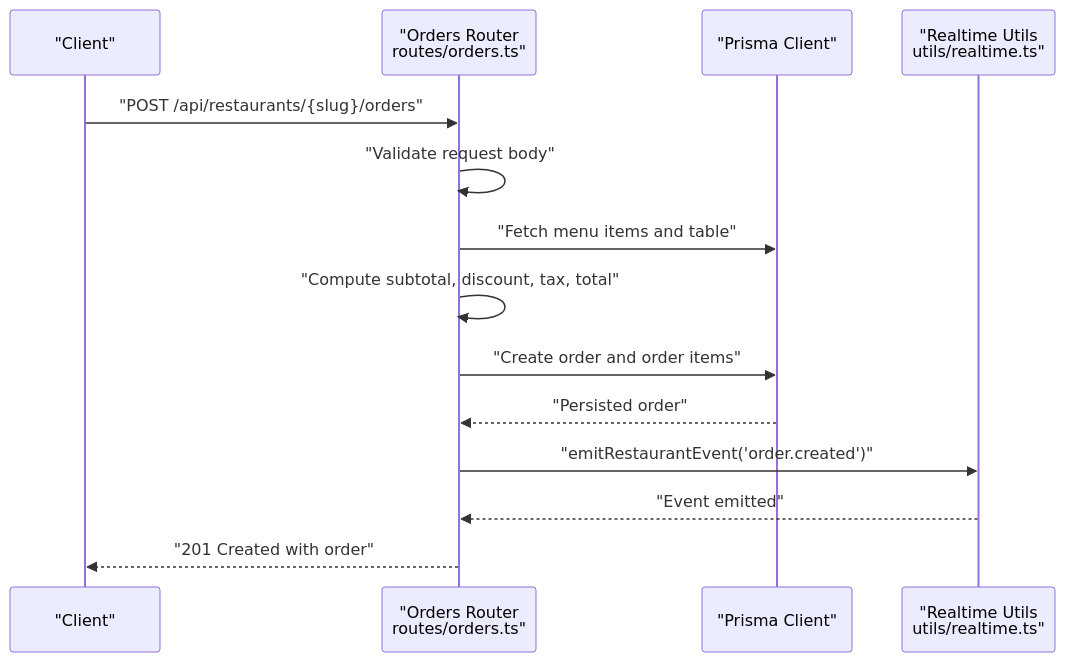
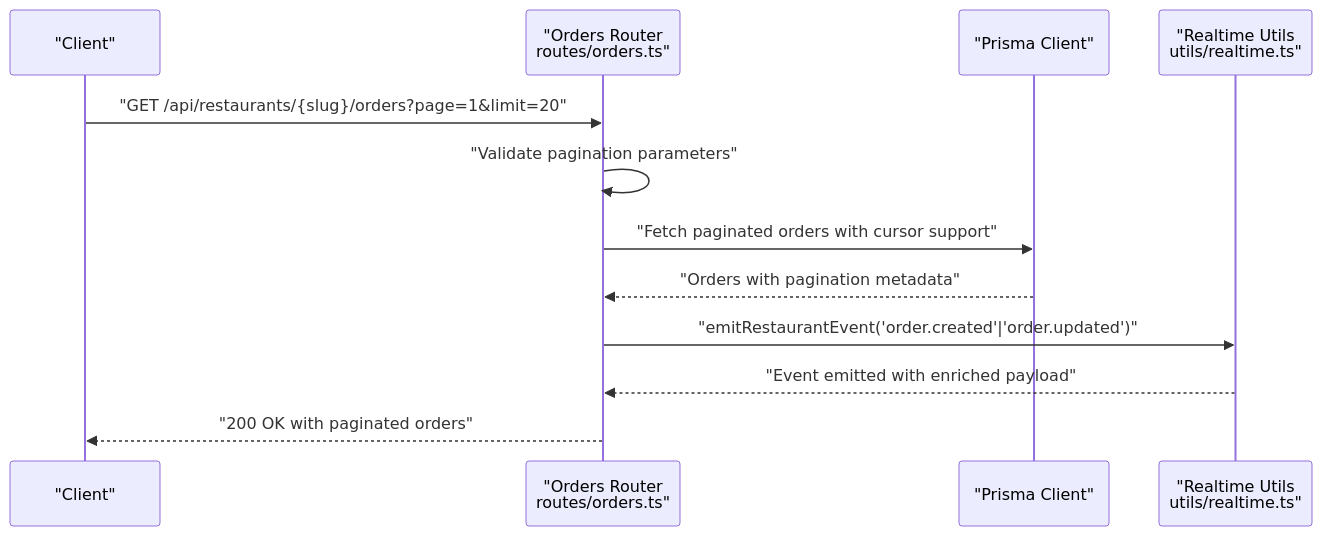
One commit to Dequeue-Tech/DeQ-Bite changed the second of 3 diagrams in .qoder/repowiki/en/content/API Documentation/Order Management Endpoints.md. Above: the diagram before and after it, drawn with Mermaid. The commit also changed other lines of this file and 25 other files, not shown here.

````diff
--- a/.qoder/repowiki/en/content/API Documentation/Order Management Endpoints.md
+++ b/.qoder/repowiki/en/content/API Documentation/Order Management Endpoints.md
@@ -85,16 +109,14 @@
 ```mermaid
 sequenceDiagram
 participant Client as "Client"
 participant API as "Orders Router<br/>routes/orders.ts"
 participant DB as "Prisma Client"
 participant RT as "Realtime Utils<br/>utils/realtime.ts"
-Client->>API : "POST /api/restaurants/{slug}/orders"
-API->>API : "Validate request body"
-API->>DB : "Fetch menu items and table"
-API->>API : "Compute subtotal, discount, tax, total"
-API->>DB : "Create order and order items"
-DB-->>API : "Persisted order"
-API->>RT : "emitRestaurantEvent('order.created')"
-RT-->>API : "Event emitted"
-API-->>Client : "201 Created with order"
+Client->>API : "GET /api/restaurants/{slug}/orders?page=1&limit=20"
+API->>API : "Validate pagination parameters"
+API->>DB : "Fetch paginated orders with cursor support"
+DB-->>API : "Orders with pagination metadata"
+API->>RT : "emitRestaurantEvent('order.created'|'order.updated')"
+RT-->>API : "Event emitted with enriched payload"
+API-->>Client : "200 OK with paginated orders"
 ```
````
